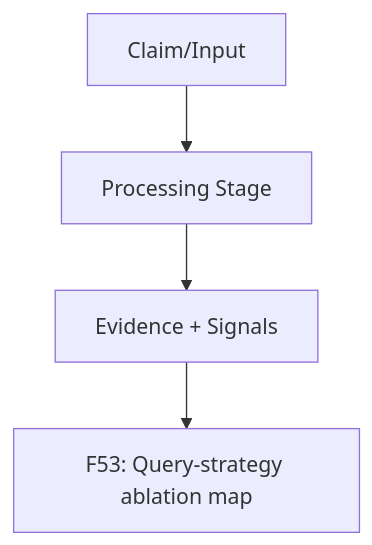
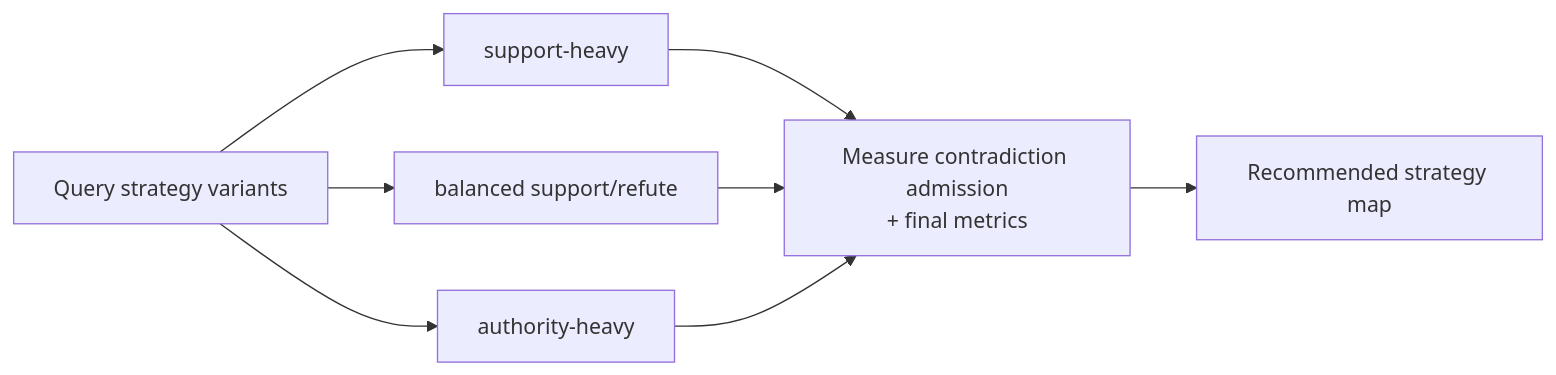
The fourth of 4 diagrams in methodology/figures/09-ablation-and-sensitivity-pack.md (Luxia-AI/docs), drawn with Mermaid before and after one commit. The commit also changed other lines of this file and 9 other files, not shown here.

First line of the commit message:
Refactor methodology figures with updated Mermaid diagrams and enhanced clarity across multiple packs. Key changes include:

````diff
--- a/methodology/figures/09-ablation-and-sensitivity-pack.md
+++ b/methodology/figures/09-ablation-and-sensitivity-pack.md
@@ -98,6 +108,11 @@
 ```mermaid
-flowchart TD
-    A[Claim/Input] --> B[Processing Stage]
-    B --> C[Evidence + Signals]
-    C --> D[F53: Query-strategy ablation map]
+flowchart LR
+  Q[Query strategy variants] --> Q1[support-heavy]
+  Q --> Q2[balanced support/refute]
+  Q --> Q3[authority-heavy]
+  Q1 --> M[Measure contradiction admission
++ final metrics]
+  Q2 --> M
+  Q3 --> M
+  M --> O[Recommended strategy map]
 ```
````
